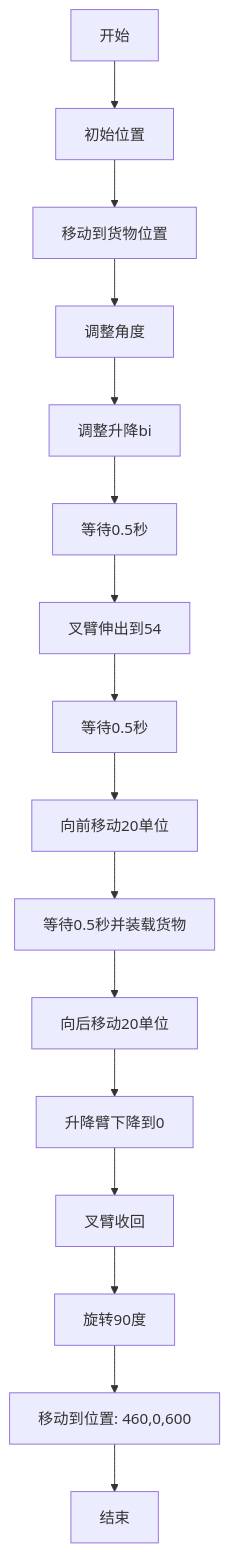
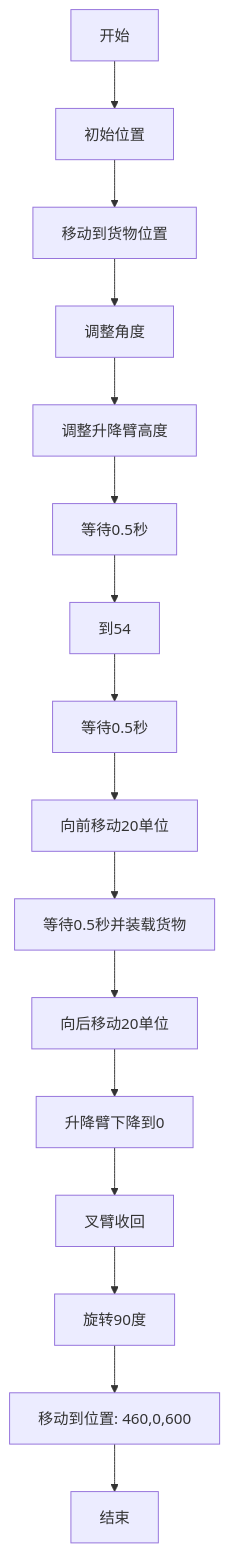
The diagram in all/未命名-1.md (Mrmilu212/iodraw-files), drawn with Mermaid before and after one commit.

Commit message:
2025-05-20 14:22:53 update

````diff
--- a/all/未命名-1.md
+++ b/all/未命名-1.md
@@ -1,18 +1,18 @@
 ```mermaid
 graph TD
     A[开始] --> B[初始位置]
     B --> C[移动到货物位置]
     C --> D[调整角度]
-    D --> E[调整升降bi]
+    D --> E[调整升降臂高度]
     E --> F[等待0.5秒]
-    F --> G[叉臂伸出到54]
+    F --> G[到54]
     G --> H[等待0.5秒]
     H --> I[向前移动20单位]
     I --> J[等待0.5秒并装载货物]
     J --> K[向后移动20单位]
     K --> L[升降臂下降到0]
     L --> M[叉臂收回]
     M --> N[旋转90度]
     N --> O[移动到位置: 460,0,600]
     O --> P[结束]
 ```
````
